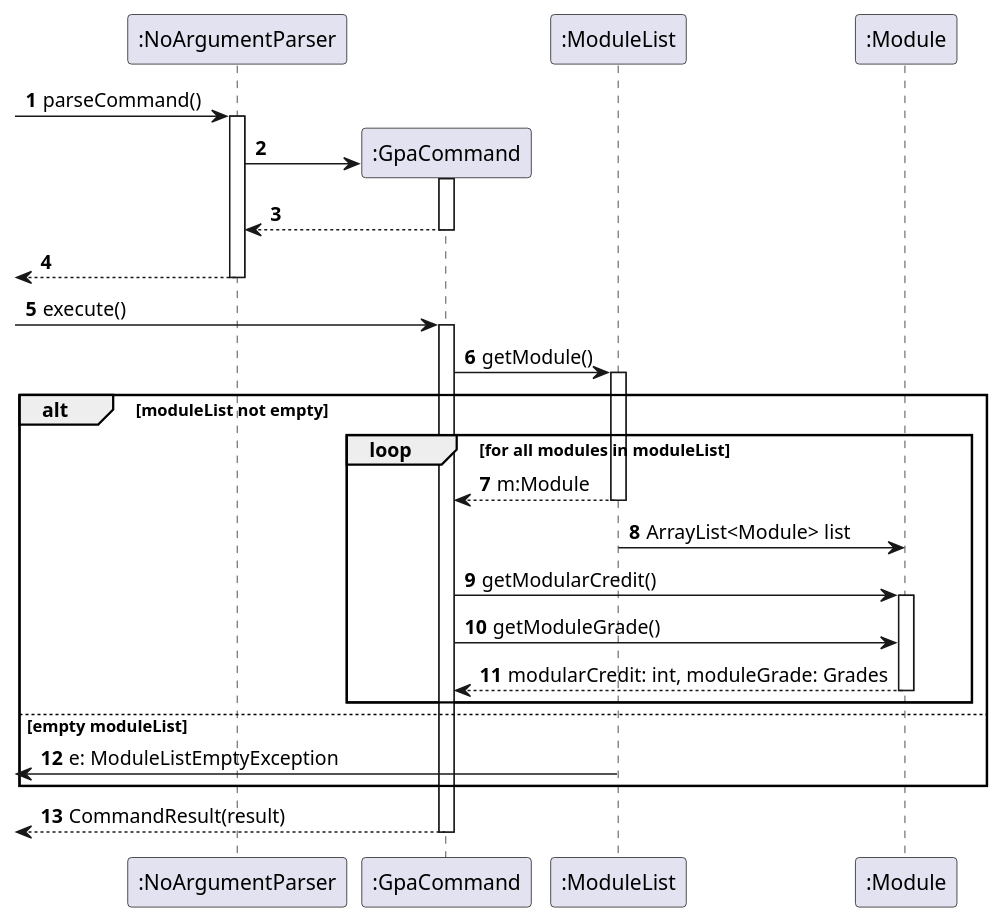
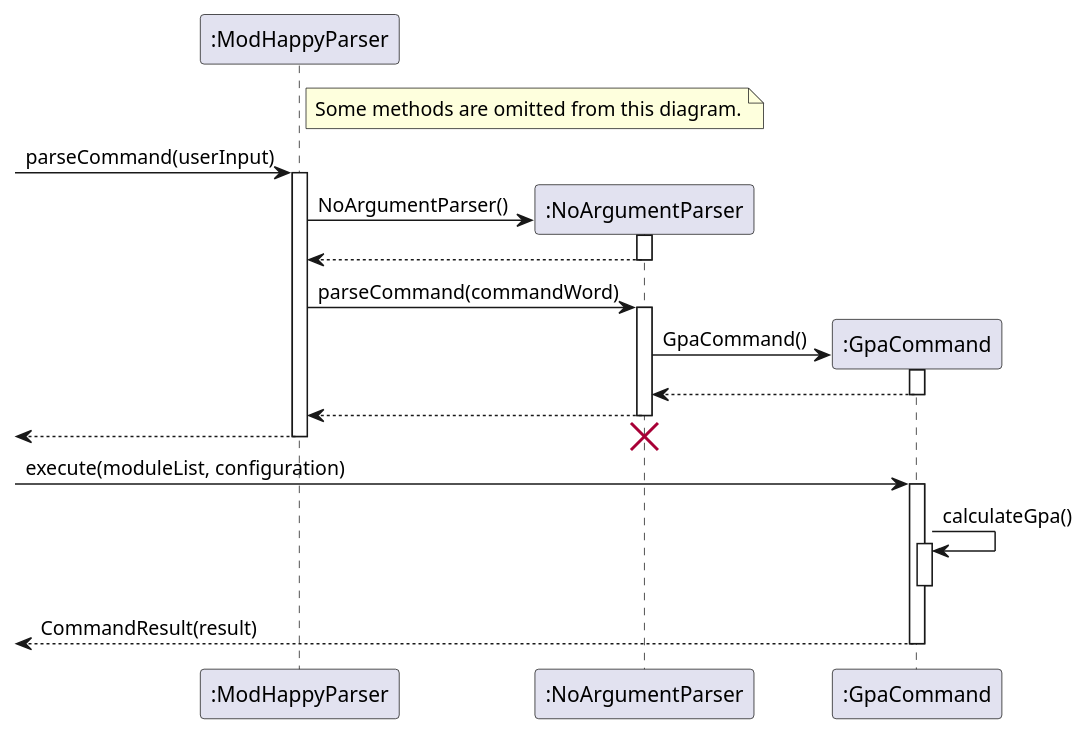
Before and after one commit to nus-cs2113-AY2122S2/tp: the diagram in docs/GPASeqDiagram/GPA.puml, drawn with PlantUML. The commit also changed 7 other files, not shown here.

Commit message:
Fix GPACommand bug, update UML diagrams

```diff
--- a/docs/GPASeqDiagram/GPA.puml
+++ b/docs/GPASeqDiagram/GPA.puml
@@ -1,47 +1,40 @@
 @startuml
 'https://plantuml.com/sequence-diagram
 
-autonumber
 skinparam shadowing false
+participant ":ModHappyParser" as ModHappyParser
 participant ":NoArgumentParser" as NoArgumentParser
 participant ":GpaCommand" as GpaCommand
-participant ":ModuleList" as ModuleList
-participant ":Module" as Module
 
-[->NoArgumentParser : parseCommand()
+note right of ModHappyParser
+Some methods are omitted from this diagram.
+end note
+
+[->ModHappyParser:parseCommand(userInput)
+activate ModHappyParser
+create NoArgumentParser
+ModHappyParser -> NoArgumentParser: NoArgumentParser()
+activate NoArgumentParser
+return
+
+ModHappyParser -> NoArgumentParser: parseCommand(commandWord)
+activate NoArgumentParser
 create GpaCommand
-
-activate NoArgumentParser
-NoArgumentParser -> GpaCommand
+NoArgumentParser -> GpaCommand: GpaCommand()
 activate GpaCommand
 return
 return
-deactivate NoArgumentParser
+return
 
-[->GpaCommand:execute()
+destroy NoArgumentParser
 
+[->GpaCommand:execute(moduleList, configuration)
 activate GpaCommand
-GpaCommand -> ModuleList : getModule()
 
-alt moduleList not empty
-
-activate ModuleList
-
-loop for all modules in moduleList
-
-return m:Module
-ModuleList -> Module : ArrayList<Module> list
-GpaCommand -> Module : getModularCredit()
-activate Module
-GpaCommand -> Module : getModuleGrade()
-return modularCredit: int, moduleGrade: Grades
-
-end
-
-else empty moduleList
-[<- ModuleList : e: ModuleListEmptyException
-end
+GpaCommand -> GpaCommand: calculateGpa()
+activate GpaCommand
+deactivate GpaCommand
 
 return CommandResult(result)
 
 @enduml
```
